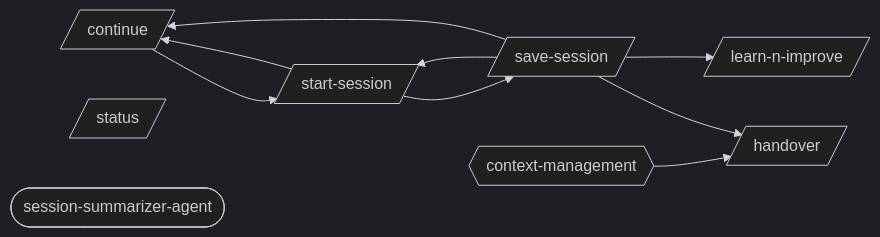
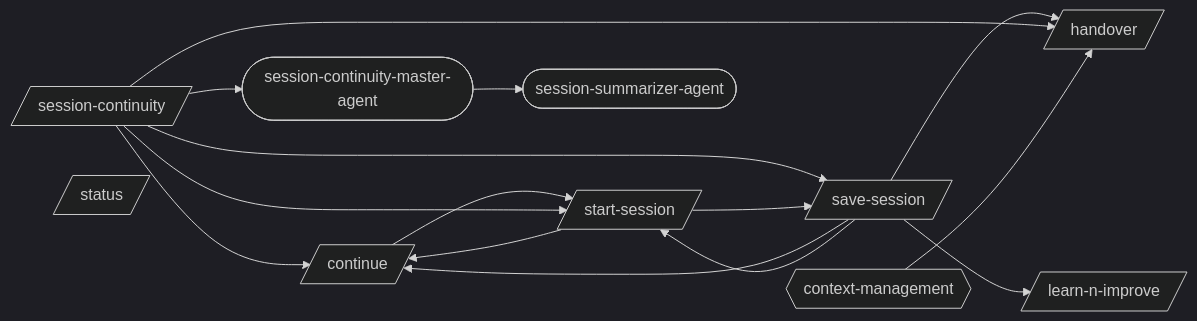
The first of 2 diagrams in docs/workflows/session-continuity.md (abhayla/claude-best-practices), drawn with Mermaid (dark theme) before and after one commit. The commit also changed other lines of this file and 11 other files, not shown here.

````diff
--- a/docs/workflows/session-continuity.md
+++ b/docs/workflows/session-continuity.md
@@ -9,19 +9,27 @@
 ```mermaid
 graph LR
     continue[/continue/]
     handover[/handover/]
     learn_n_improve[/learn-n-improve/]
     save_session[/save-session/]
+    session_continuity[/session-continuity/]
     start_session[/start-session/]
     status[/status/]
+    session_continuity_master_agent([session-continuity-master-agent])
     session_summarizer_agent([session-summarizer-agent])
     context_management{{context-management}}
     continue --> start_session
     save_session --> continue
     save_session --> handover
     save_session --> learn_n_improve
     save_session --> start_session
+    session_continuity --> continue
+    session_continuity --> handover
+    session_continuity --> save_session
+    session_continuity --> start_session
+    session_continuity --> session_continuity_master_agent
     start_session --> continue
     start_session --> save_session
+    session_continuity_master_agent --> session_summarizer_agent
     context_management --> handover
 ```
````
